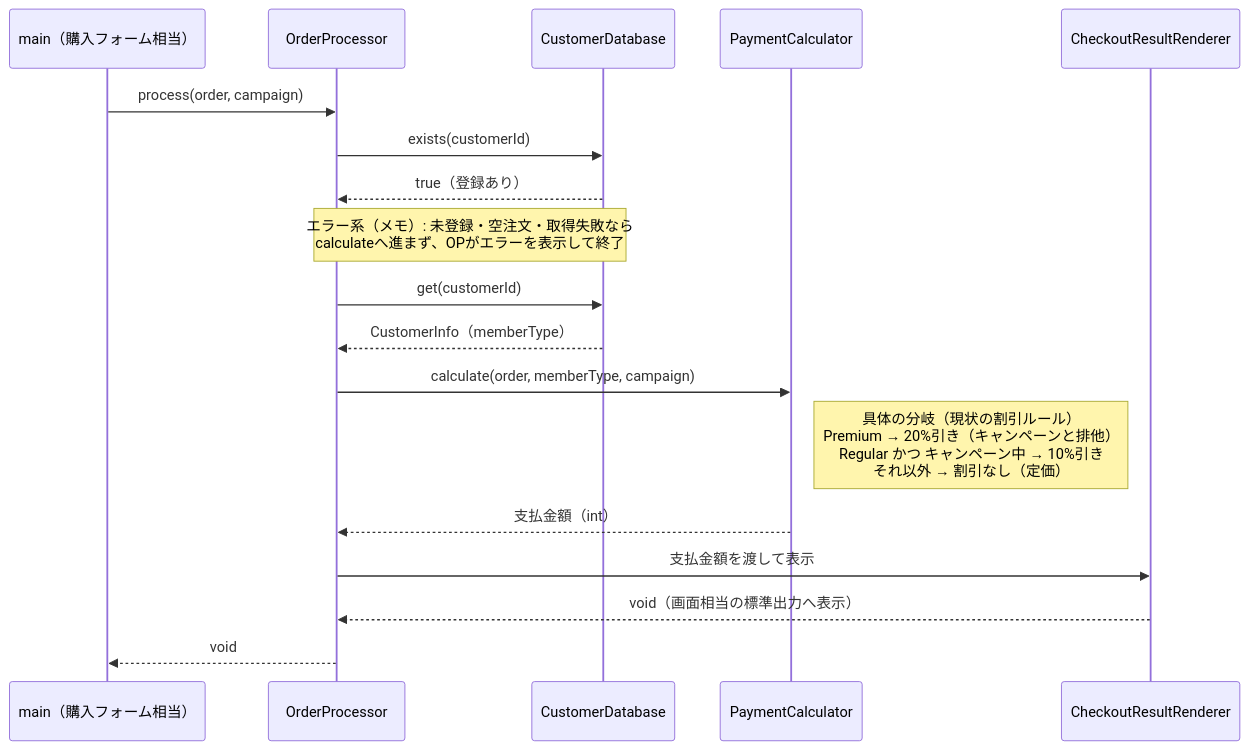
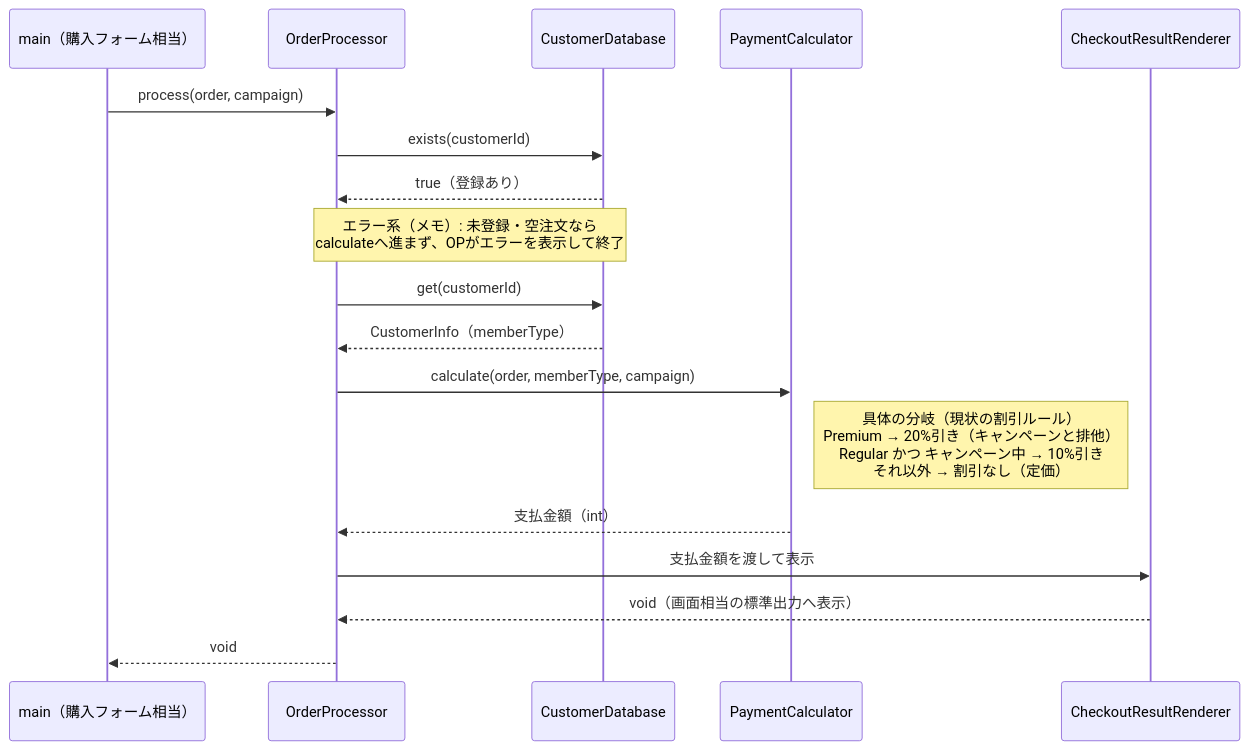
One commit to kumachan1101-pixel/DesignPattern changed the fourth of 18 diagrams in kindle/design-patterns/books/volume01-core-patterns/output/03-chapter01.md. Above: the diagram before and after it, drawn with Mermaid. The commit also changed other lines of this file and 7 other files, not shown here.

````diff
--- a/kindle/design-patterns/books/volume01-core-patterns/output/03-chapter01.md
+++ b/kindle/design-patterns/books/volume01-core-patterns/output/03-chapter01.md
@@ -332,20 +325,20 @@
 ```mermaid
 sequenceDiagram
     participant Main as main（購入フォーム相当）
     participant OP as OrderProcessor
     participant DB as CustomerDatabase
     participant PC as PaymentCalculator
     participant R as CheckoutResultRenderer
     Main->>OP: process(order, campaign)
     OP->>DB: exists(customerId)
     DB-->>OP: true（登録あり）
-    Note over OP,DB: エラー系（メモ）: 未登録・空注文・取得失敗なら<br>calculateへ進まず、OPがエラーを表示して終了
+    Note over OP,DB: エラー系（メモ）: 未登録・空注文なら<br>calculateへ進まず、OPがエラーを表示して終了
     OP->>DB: get(customerId)
     DB-->>OP: CustomerInfo（memberType）
     OP->>PC: calculate(order, memberType, campaign)
     Note right of PC: 具体の分岐（現状の割引ルール）<br>Premium → 20%引き（キャンペーンと排他）<br>Regular かつ キャンペーン中 → 10%引き<br>それ以外 → 割引なし（定価）
     PC-->>OP: 支払金額（int）
     OP->>R: 支払金額を渡して表示
     R-->>OP: void（画面相当の標準出力へ表示）
     OP-->>Main: void
 ```
````
